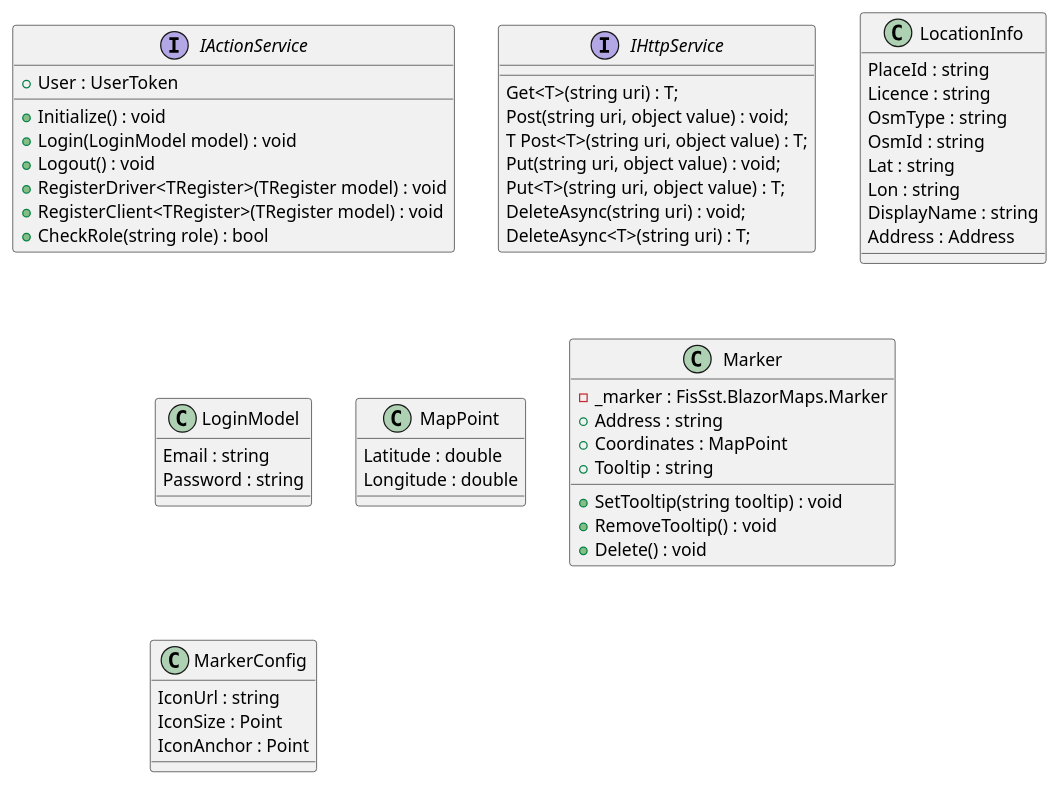
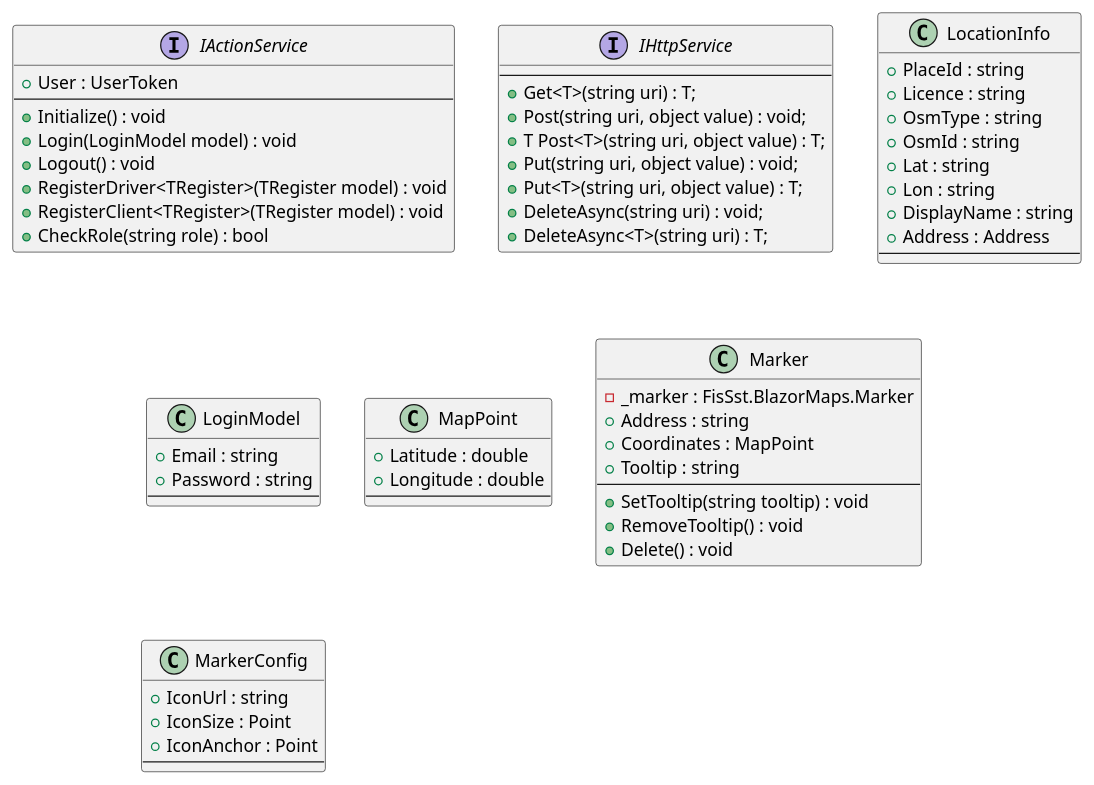
One commit to is-oop-y24/bebruber changed the diagram in docs/Bebruber.Endpoints.Shared.puml. Above: the diagram before and after it, drawn with PlantUML. The commit also changed 4 other files, not shown here.

Commit message:
uml fixes

```diff
--- a/docs/Bebruber.Endpoints.Shared.puml
+++ b/docs/Bebruber.Endpoints.Shared.puml
@@ -1,67 +1,74 @@
 @startuml Structure
 'https://plantuml.com/class-diagram
 interface IActionService
 {
     +User : UserToken
+    ---
     +Initialize() : void
     +Login(LoginModel model) : void
     +Logout() : void
     +RegisterDriver<TRegister>(TRegister model) : void
     +RegisterClient<TRegister>(TRegister model) : void
     +CheckRole(string role) : bool
 }
 
 interface IHttpService
 {
-    Get<T>(string uri) : T;
-    Post(string uri, object value) : void;
-    T Post<T>(string uri, object value) : T;
-    Put(string uri, object value) : void;
-    Put<T>(string uri, object value) : T;
-    DeleteAsync(string uri) : void;
-    DeleteAsync<T>(string uri) : T;
+    ---
+    +Get<T>(string uri) : T;
+    +Post(string uri, object value) : void;
+    +T Post<T>(string uri, object value) : T;
+    +Put(string uri, object value) : void;
+    +Put<T>(string uri, object value) : T;
+    +DeleteAsync(string uri) : void;
+    +DeleteAsync<T>(string uri) : T;
 }
 
 class LocationInfo
 {
-    PlaceId : string
-    Licence : string
-    OsmType : string 
-    OsmId : string
-    Lat : string
-    Lon : string
-    DisplayName : string
-    Address : Address
+    +PlaceId : string
+    +Licence : string
+    +OsmType : string 
+    +OsmId : string
+    +Lat : string
+    +Lon : string
+    +DisplayName : string
+    +Address : Address
+    ---
 }
 
 class LoginModel
 {
-    Email : string
-    Password : string 
+    +Email : string
+    +Password : string 
+    ---
 }
 
 class MapPoint
 {
-    Latitude : double
-    Longitude : double
+    +Latitude : double
+    +Longitude : double
+    ---
 }
 
 class Marker
 {
     -_marker : FisSst.BlazorMaps.Marker
     +Address : string
     +Coordinates : MapPoint
     +Tooltip : string
+    ---
     +SetTooltip(string tooltip) : void
     +RemoveTooltip() : void
     +Delete() : void
 }
 
 class MarkerConfig
 {
-    IconUrl : string
-    IconSize : Point
-    IconAnchor : Point
+    +IconUrl : string
+    +IconSize : Point
+    +IconAnchor : Point
+    ---
 }
 
 @enduml
```
